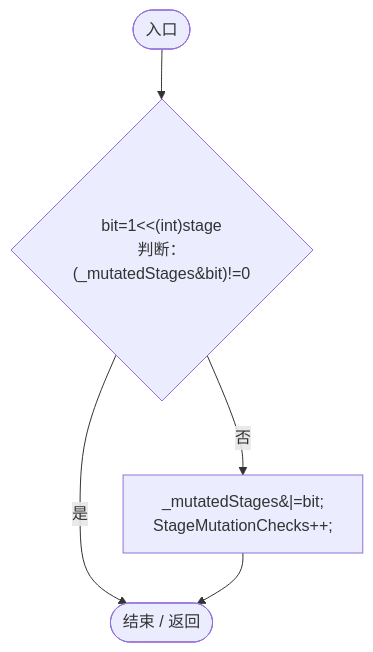
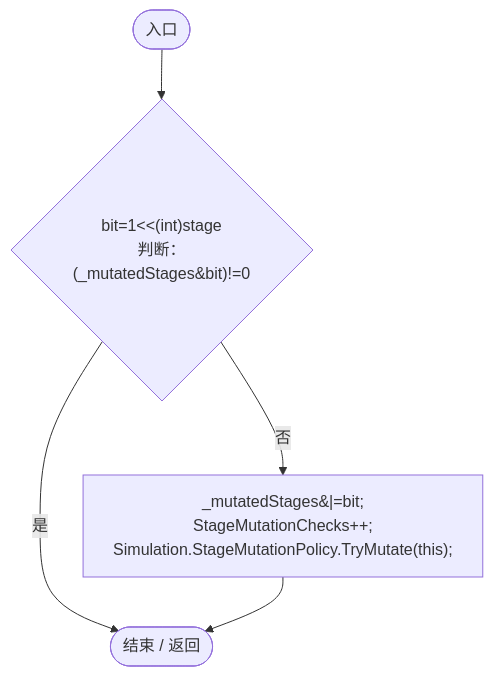
Diagram 26 of 26 in Docs/运行流程图/脚本/7494d53178552f0e.md (xhs6666/Darwin_paradise), drawn with Mermaid before and after one commit. The commit also changed other lines of this file and 146 other files, not shown here.

````diff
--- a/Docs/运行流程图/脚本/7494d53178552f0e.md
+++ b/Docs/运行流程图/脚本/7494d53178552f0e.md
@@ -953,12 +953,12 @@
 ```mermaid
 flowchart TD
   b0(["入口"])
   b1{"bit=1&lt;&lt;(int)stage<br/>判断：(_mutatedStages&amp;bit)!=0"}
-  b2["_mutatedStages&#124;=bit;<br/>StageMutationChecks++;"]
+  b2["_mutatedStages&#124;=bit;<br/>StageMutationChecks++;<br/>Simulation.StageMutationPolicy.TryMutate(this);"]
   b3(["结束 / 返回"])
   b0 --> b1
   b1 -->|"是"| b3
   b1 -->|"否"| b2
   b2 --> b3
 
 ```
````
